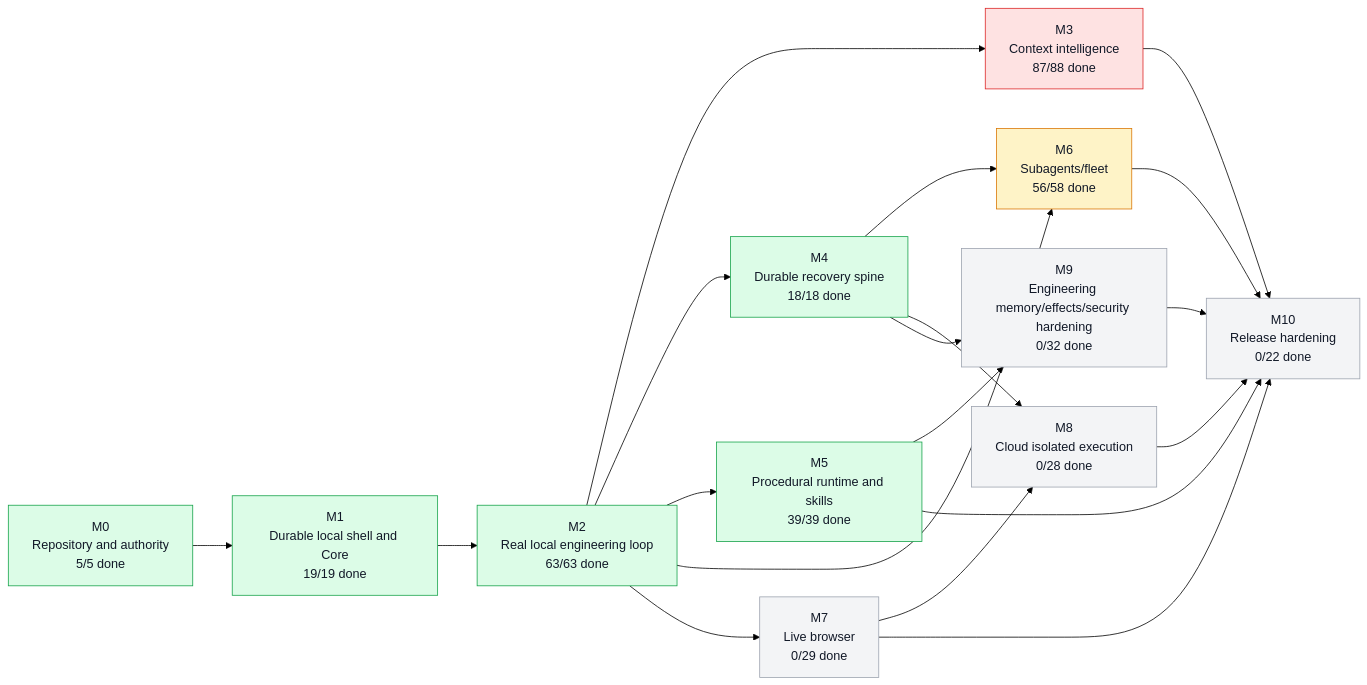
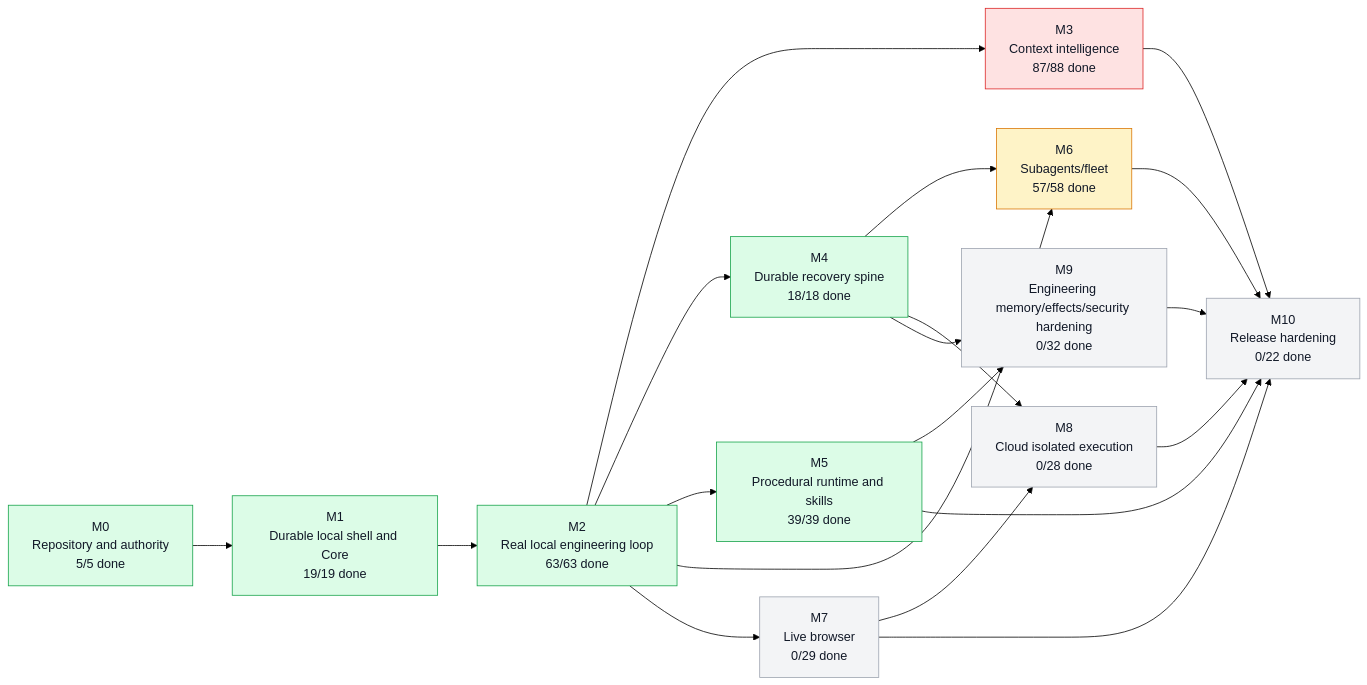
The first of 5 diagrams in graph/PROJECT_GRAPH.md (moss101/modbit), drawn with Mermaid (forest theme) before and after one commit. The commit also changed other lines of this file and 7 other files, not shown here.

````diff
--- a/graph/PROJECT_GRAPH.md
+++ b/graph/PROJECT_GRAPH.md
@@ -57,43 +57,43 @@
 ```mermaid
 flowchart LR
   M0["M0<br/>Repository and authority<br/>5/5 done"]
   M1["M1<br/>Durable local shell and Core<br/>19/19 done"]
   M2["M2<br/>Real local engineering loop<br/>63/63 done"]
   M3["M3<br/>Context intelligence<br/>87/88 done"]
   M4["M4<br/>Durable recovery spine<br/>18/18 done"]
   M5["M5<br/>Procedural runtime and skills<br/>39/39 done"]
-  M6["M6<br/>Subagents/fleet<br/>56/58 done"]
+  M6["M6<br/>Subagents/fleet<br/>57/58 done"]
   M7["M7<br/>Live browser<br/>0/29 done"]
   M8["M8<br/>Cloud isolated execution<br/>0/28 done"]
   M9["M9<br/>Engineering memory/effects/security hardening<br/>0/32 done"]
   M10["M10<br/>Release hardening<br/>0/22 done"]
   M0 --> M1
   M1 --> M2
   M2 --> M3
   M2 --> M4
   M2 --> M5
   M2 --> M6
   M4 --> M6
   M2 --> M7
   M4 --> M8
   M7 --> M8
   M4 --> M9
   M5 --> M9
   M3 --> M10
   M5 --> M10
   M6 --> M10
   M7 --> M10
   M8 --> M10
   M9 --> M10
   style M0 fill:#dcfce7,stroke:#16a34a,color:#111827
   style M1 fill:#dcfce7,stroke:#16a34a,color:#111827
   style M2 fill:#dcfce7,stroke:#16a34a,color:#111827
   style M3 fill:#fee2e2,stroke:#dc2626,color:#111827
   style M4 fill:#dcfce7,stroke:#16a34a,color:#111827
   style M5 fill:#dcfce7,stroke:#16a34a,color:#111827
   style M6 fill:#fef3c7,stroke:#d97706,color:#111827
   style M7 fill:#f3f4f6,stroke:#9ca3af,color:#111827
   style M8 fill:#f3f4f6,stroke:#9ca3af,color:#111827
   style M9 fill:#f3f4f6,stroke:#9ca3af,color:#111827
   style M10 fill:#f3f4f6,stroke:#9ca3af,color:#111827
 ```
````
